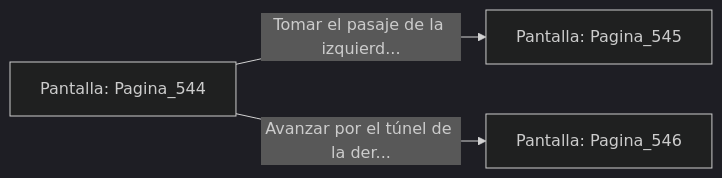
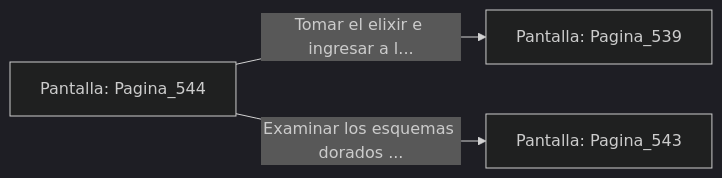
One commit to metsuke/mpl changed the diagram in sample/eligejuego-vault/Pantalla_Pagina_544.md. Above: the diagram before and after it, drawn with Mermaid (dark theme). The commit also changed other lines of this file and 635 other files, not shown here.

First line of the commit message:
fix: añadir Pagina_1 como pantalla inicial en capitulo_01.mpl

````diff
--- a/sample/eligejuego-vault/Pantalla_Pagina_544.md
+++ b/sample/eligejuego-vault/Pantalla_Pagina_544.md
@@ -20,6 +22,6 @@
 ```mermaid
 graph LR
     P_Pagina_544["Pantalla: Pagina_544"]
-    P_Pagina_544 -->|"Tomar el pasaje de la izquierd..."| P_Pagina_545["Pantalla: Pagina_545"]
-    P_Pagina_544 -->|"Avanzar por el túnel de la der..."| P_Pagina_546["Pantalla: Pagina_546"]
+    P_Pagina_544 -->|"Tomar el elixir e ingresar a l..."| P_Pagina_539["Pantalla: Pagina_539"]
+    P_Pagina_544 -->|"Examinar los esquemas dorados ..."| P_Pagina_543["Pantalla: Pagina_543"]
 ```
````
